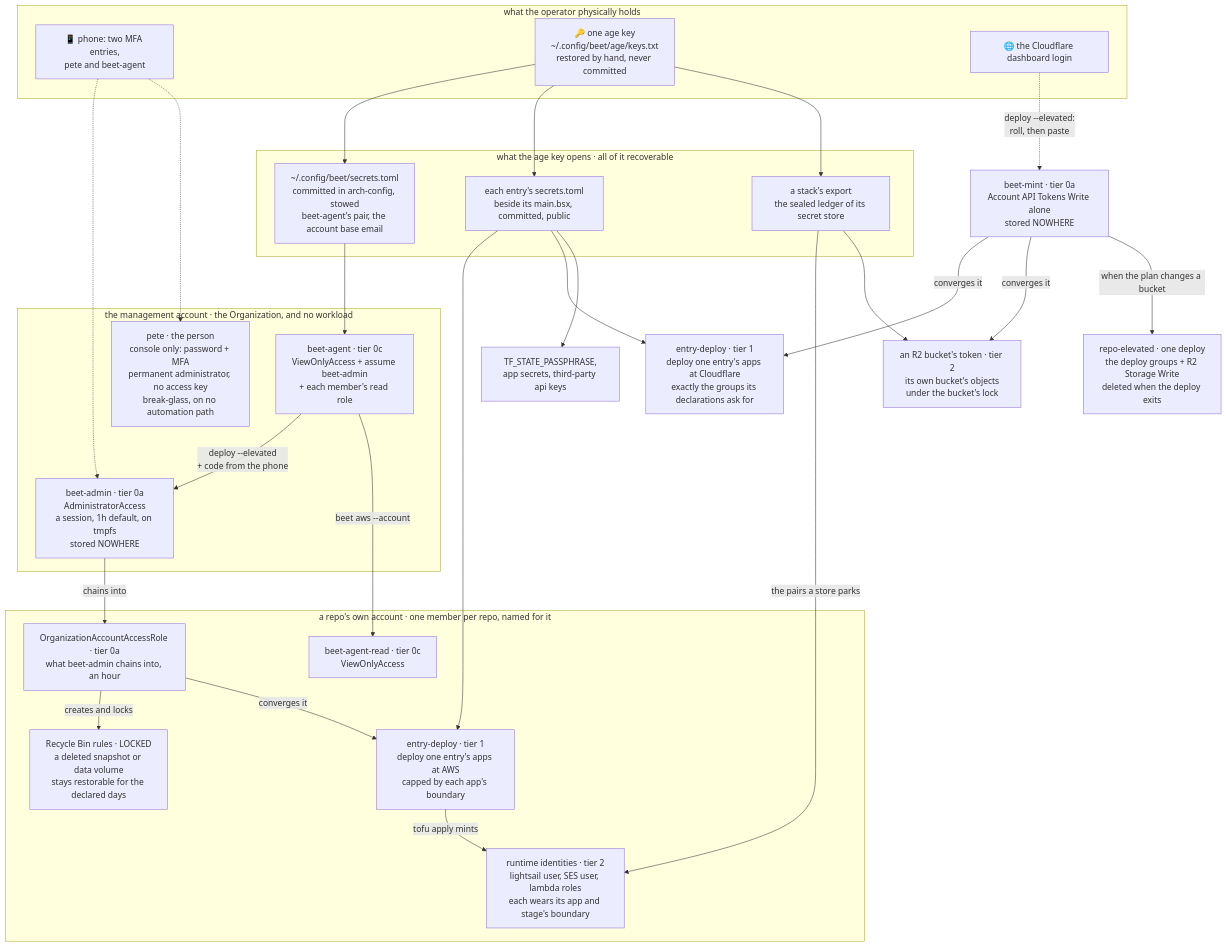
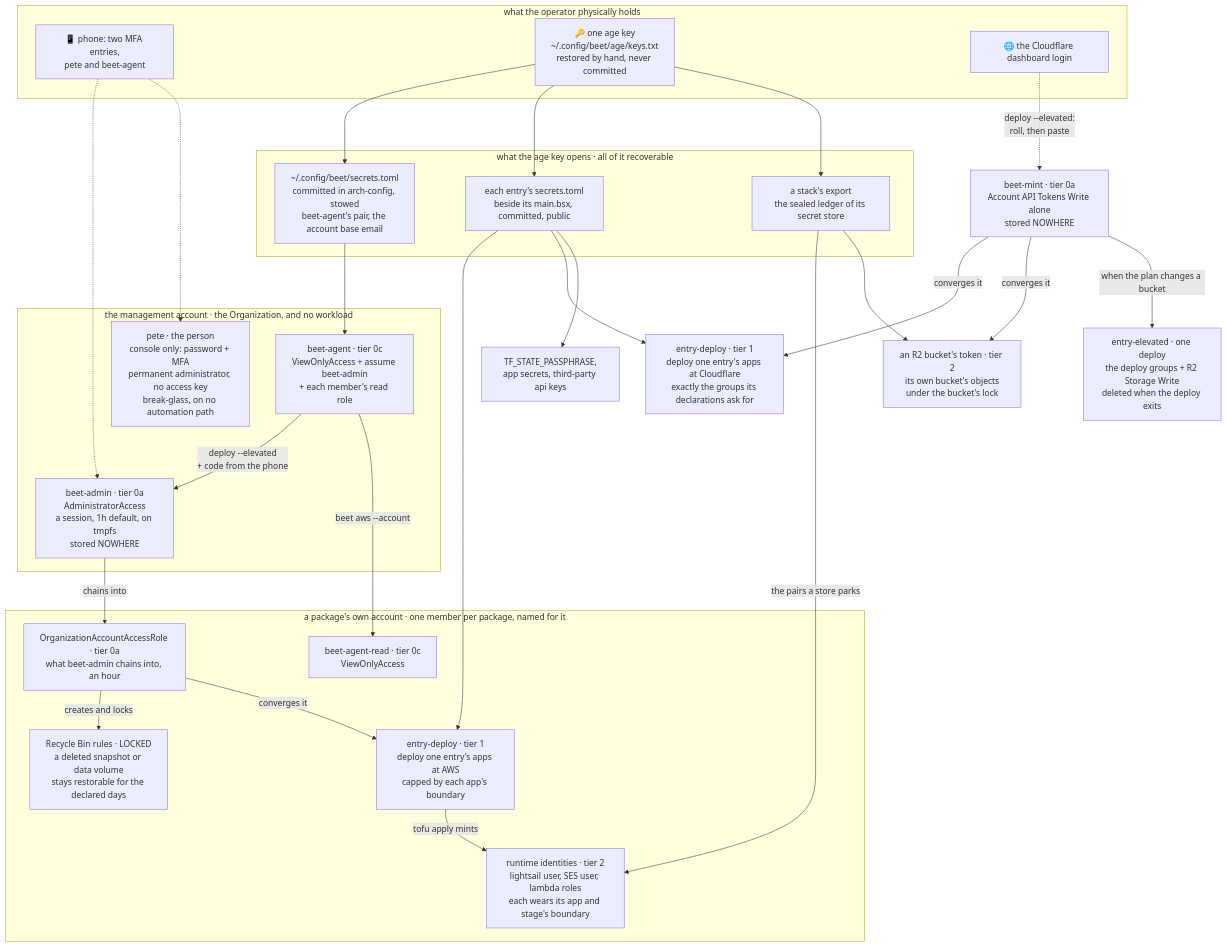
Before and after one commit to mrchantey/beet: the diagram in site/routes/docs/secrets.md, drawn with Mermaid. The commit also changed other lines of this file and 222 other files, not shown here.

Commit message:
refactor: disambiguate package, repo, home, source, pds

````diff
--- a/site/routes/docs/secrets.md
+++ b/site/routes/docs/secrets.md
@@ -416,54 +416,54 @@
 ```mermaid
 flowchart TB
     subgraph you["what the operator physically holds"]
         phone["📱 phone: two MFA entries,<br/>pete and beet-agent"]
         age["🔑 one age key<br/>~/.config/beet/age/keys.txt<br/>restored by hand, never committed"]
         login["🌐 the Cloudflare dashboard login"]
     end
 
     subgraph sealed["what the age key opens · all of it recoverable"]
         global["~/.config/beet/secrets.toml<br/>committed in arch-config, stowed<br/>beet-agent's pair, the account base email"]
-        repo["each entry's secrets.toml<br/>beside its main.bsx, committed, public"]
+        doc["each entry's secrets.toml<br/>beside its main.bsx, committed, public"]
         ledger["a stack's export<br/>the sealed ledger of its secret store"]
     end
 
     age --> global
-    age --> repo
+    age --> doc
     age --> ledger
 
     subgraph management["the management account · the Organization, and no workload"]
         agent["beet-agent · tier 0c<br/>ViewOnlyAccess + assume beet-admin<br/>+ each member's read role"]
         admin["beet-admin · tier 0a<br/>AdministratorAccess<br/>a session, 1h default, on tmpfs<br/>stored NOWHERE"]
         pete["pete · the person<br/>console only: password + MFA<br/>permanent administrator, no access key<br/>break-glass, on no automation path"]
     end
 
-    subgraph member["a repo's own account · one member per repo, named for it"]
+    subgraph member["a package's own account · one member per package, named for it"]
         read["beet-agent-read · tier 0c<br/>ViewOnlyAccess"]
         orgrole["OrganizationAccountAccessRole · tier 0a<br/>what beet-admin chains into, an hour"]
         deploy["entry-deploy · tier 1<br/>deploy one entry's apps at AWS<br/>capped by each app's boundary"]
         runtime["runtime identities · tier 2<br/>lightsail user, SES user, lambda roles<br/>each wears its app and stage's boundary"]
         rbin["Recycle Bin rules · LOCKED<br/>a deleted snapshot or data volume<br/>stays restorable for the declared days"]
     end
 
     global --> agent
-    repo --> deploy
-    repo --> cfdeploy["entry-deploy · tier 1<br/>deploy one entry's apps at Cloudflare<br/>exactly the groups its declarations ask for"]
-    repo --> other["TF_STATE_PASSPHRASE,<br/>app secrets, third-party api keys"]
+    doc --> deploy
+    doc --> cfdeploy["entry-deploy · tier 1<br/>deploy one entry's apps at Cloudflare<br/>exactly the groups its declarations ask for"]
+    doc --> other["TF_STATE_PASSPHRASE,<br/>app secrets, third-party api keys"]
 
     agent -->|"deploy --elevated<br/>+ code from the phone"| admin
     phone -.-> admin
     agent -->|"beet aws --account"| read
     admin -->|"chains into"| orgrole
     orgrole -->|"creates and locks"| rbin
     orgrole -->|"converges it"| deploy
     login -.->|"deploy --elevated:<br/>roll, then paste"| mint["beet-mint · tier 0a<br/>Account API Tokens Write alone<br/>stored NOWHERE"]
 
     deploy -->|"tofu apply mints"| runtime
     mint -->|"converges it"| cfdeploy
     mint -->|"converges it"| bucket["an R2 bucket's token · tier 2<br/>its own bucket's objects<br/>under the bucket's lock"]
-    mint -->|"when the plan changes a bucket"| elevated["repo-elevated · one deploy<br/>the deploy groups + R2 Storage Write<br/>deleted when the deploy exits"]
+    mint -->|"when the plan changes a bucket"| elevated["entry-elevated · one deploy<br/>the deploy groups + R2 Storage Write<br/>deleted when the deploy exits"]
     ledger -->|"the pairs a store parks"| runtime
     ledger --> bucket
 
     phone -.-> pete
 ```
````
